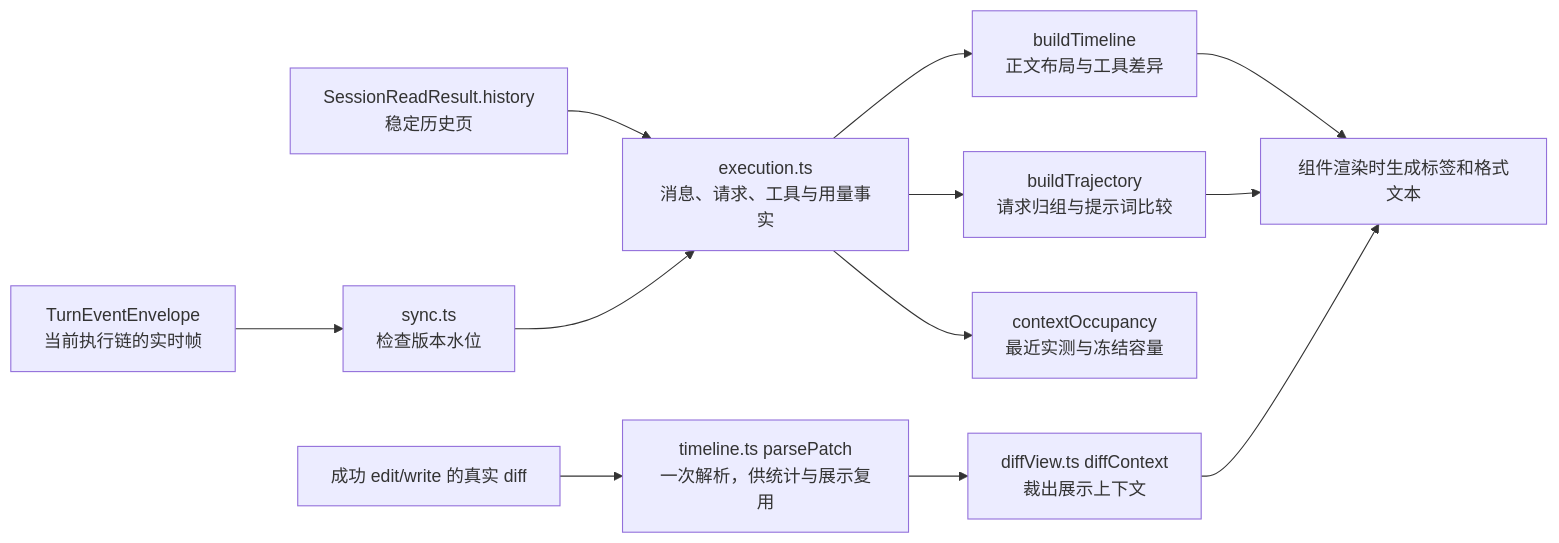
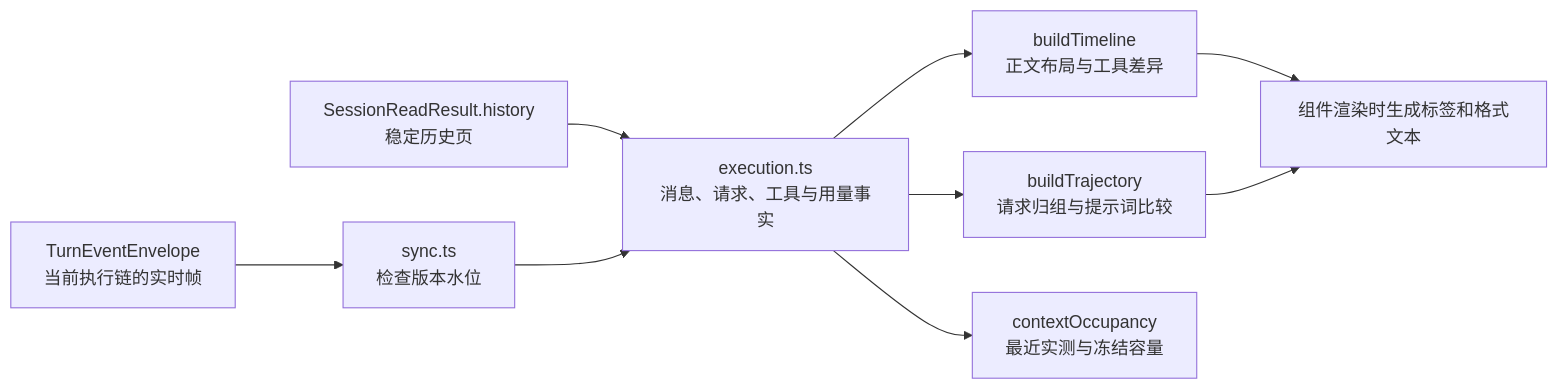
The eighth of 29 diagrams in docs/architecture.md (qjcnmd/singularity-agent), drawn with Mermaid before and after one commit. The commit also changed other lines of this file and 34 other files, not shown here.

````diff
--- a/docs/architecture.md
+++ b/docs/architecture.md
@@ -225,14 +225,11 @@
 ```mermaid
 flowchart LR
     Baseline["SessionReadResult.history<br/>稳定历史页"] --> Facts["execution.ts<br/>消息、请求、工具与用量事实"]
     Frames["TurnEventEnvelope<br/>当前执行链的实时帧"] --> Sync["sync.ts<br/>检查版本水位"]
     Sync --> Facts
     Facts --> Timeline["buildTimeline<br/>正文布局与工具差异"]
     Facts --> Trace["buildTrajectory<br/>请求归组与提示词比较"]
     Facts --> Usage["contextOccupancy<br/>最近实测与冻结容量"]
     Timeline --> Render["组件渲染时生成标签和格式文本"]
     Trace --> Render
-    ToolResult["成功 edit/write 的真实 diff"] --> Diff["timeline.ts parsePatch<br/>一次解析，供统计与展示复用"]
-    Diff --> DiffContext["diffView.ts diffContext<br/>裁出展示上下文"]
-    DiffContext --> Render
 ```
````
